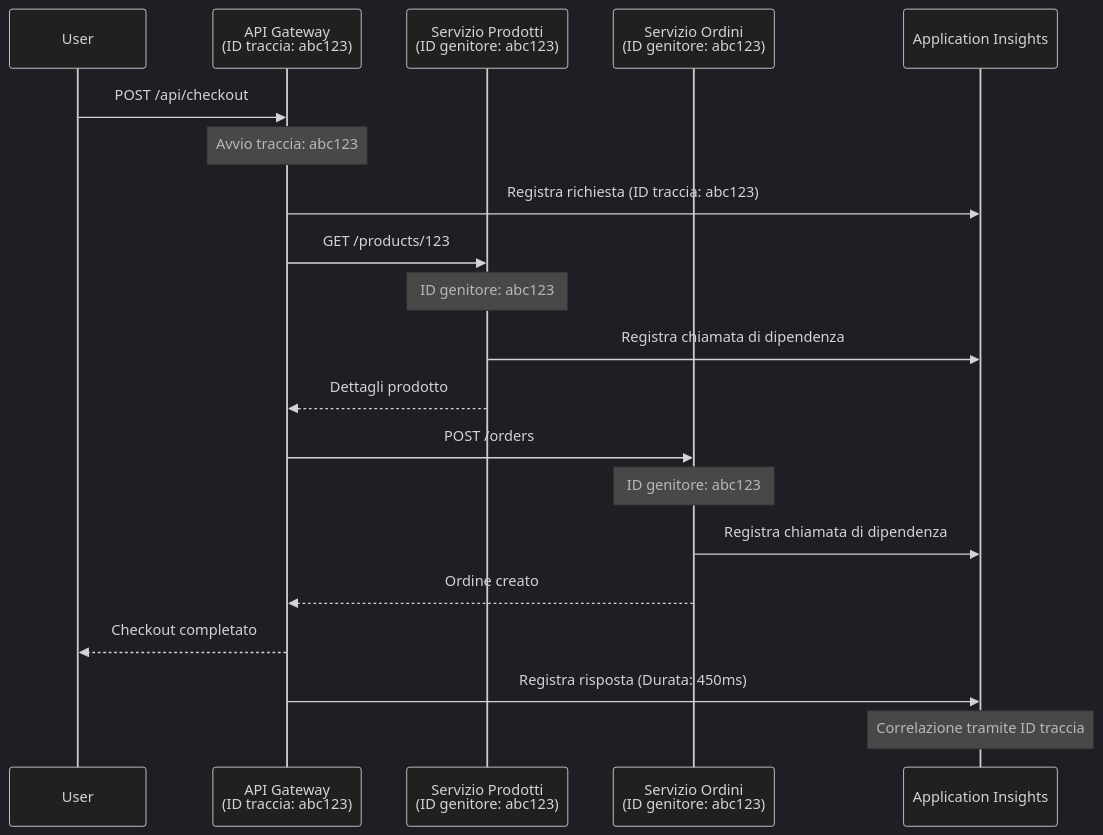
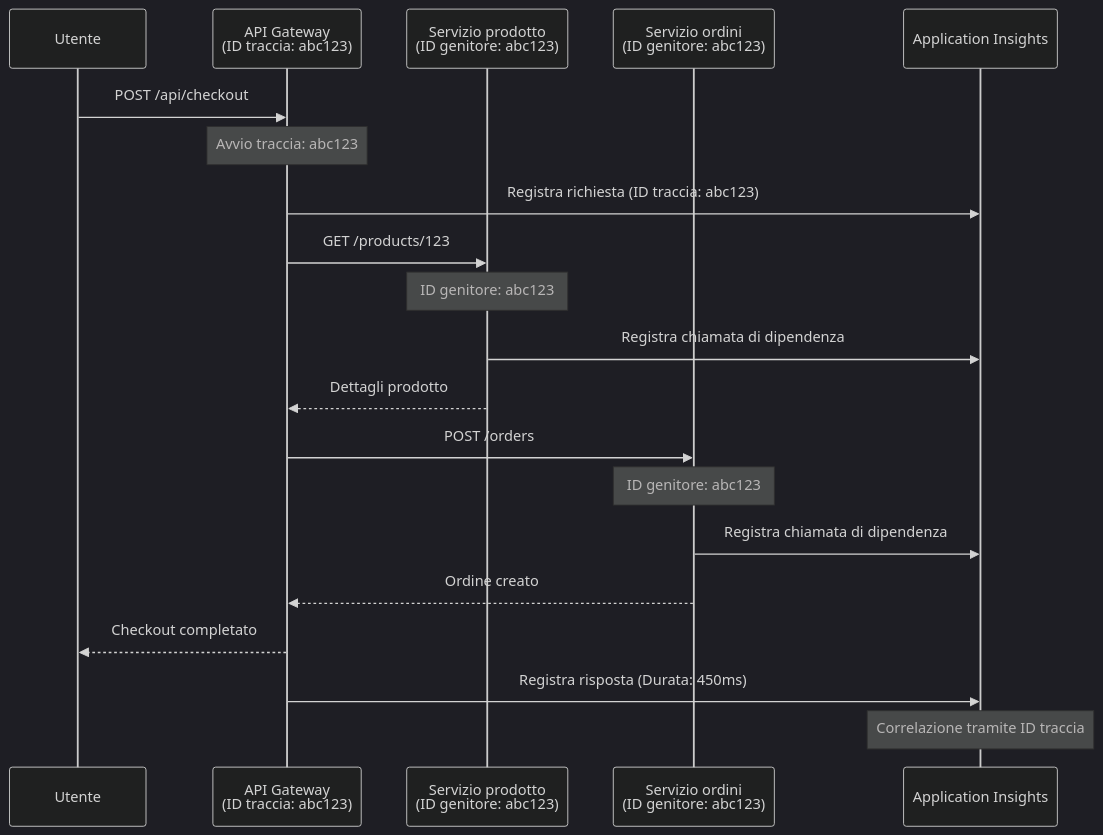
The second of 2 diagrams in translations/it/docs/chapter-06-pre-deployment/application-insights.md (microsoft/AZD-for-beginners), drawn with Mermaid (dark theme) before and after one commit. The commit also changed other lines of this file and 101 other files, not shown here.

````diff
--- a/translations/it/docs/chapter-06-pre-deployment/application-insights.md
+++ b/translations/it/docs/chapter-06-pre-deployment/application-insights.md
@@ -744,27 +744,27 @@
 ```mermaid
 sequenceDiagram
-    participant User
+    participant User as Utente
     participant Gateway as API Gateway<br/>(ID traccia: abc123)
-    participant Product as Servizio Prodotti<br/>(ID genitore: abc123)
-    participant Order as Servizio Ordini<br/>(ID genitore: abc123)
+    participant Product as Servizio prodotto<br/>(ID genitore: abc123)
+    participant Order as Servizio ordini<br/>(ID genitore: abc123)
     participant AppInsights as Application Insights
     
     User->>Gateway: POST /api/checkout
     Note over Gateway: Avvio traccia: abc123
     Gateway->>AppInsights: Registra richiesta (ID traccia: abc123)
     
     Gateway->>Product: GET /products/123
     Note over Product: ID genitore: abc123
     Product->>AppInsights: Registra chiamata di dipendenza
     Product-->>Gateway: Dettagli prodotto
     
     Gateway->>Order: POST /orders
     Note over Order: ID genitore: abc123
     Order->>AppInsights: Registra chiamata di dipendenza
     Order-->>Gateway: Ordine creato
     
     Gateway-->>User: Checkout completato
     Gateway->>AppInsights: Registra risposta (Durata: 450ms)
     
     Note over AppInsights: Correlazione tramite ID traccia
 ```
````
